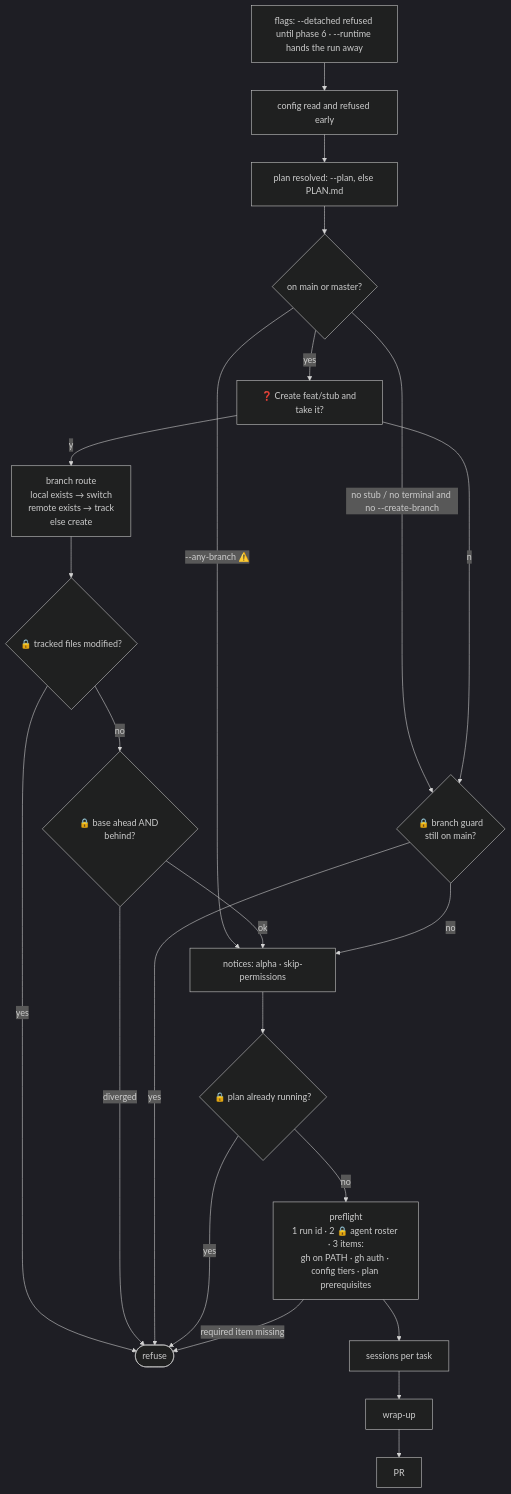
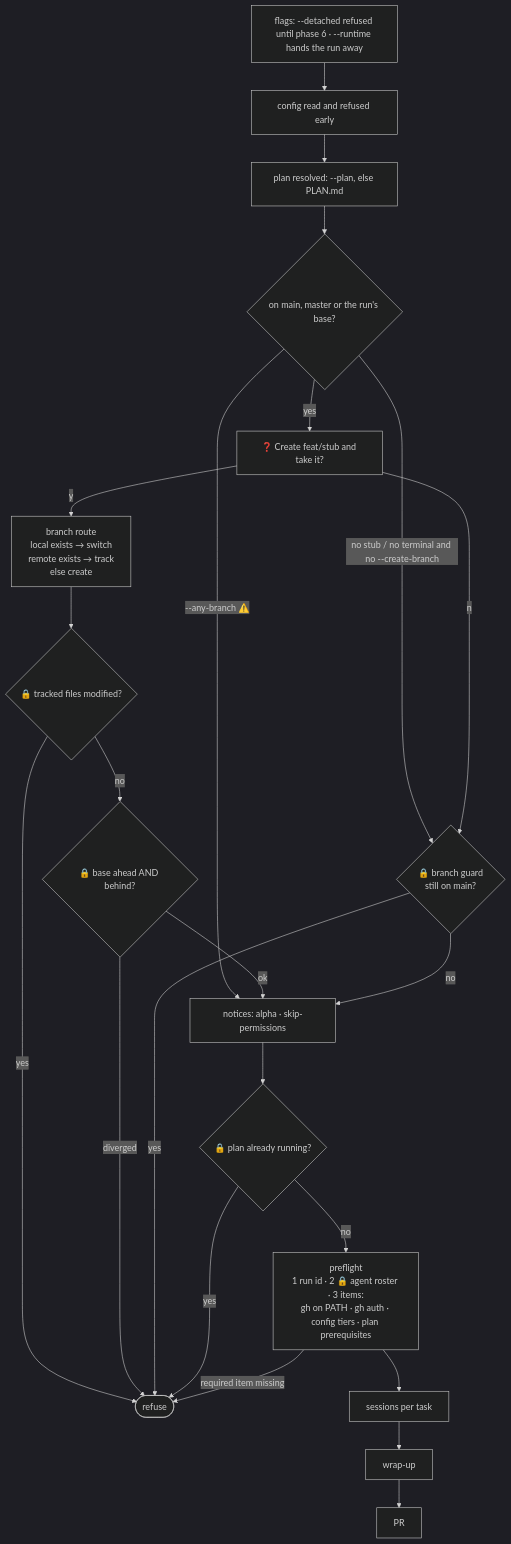
One commit to open-tomato/rafa changed the second of 9 diagrams in docs/workflow-checks.md. Above: the diagram before and after it, drawn with Mermaid (dark theme). The commit also changed 127 other files, not shown here.

````diff
--- a/docs/workflow-checks.md
+++ b/docs/workflow-checks.md
@@ -54,23 +54,23 @@
 ```mermaid
 flowchart TD
     A["flags: --detached refused until phase 6 · --runtime hands the run away"] --> B[config read and refused early]
     B --> C[plan resolved: --plan, else PLAN.md]
-    C --> D{"on main or master?"}
+    C --> D{"on main, master or the run's base?"}
     D -- "--any-branch ⚠️" --> H
     D -- "no stub / no terminal and no --create-branch" --> G
     D -- yes --> E["❓ Create feat/stub and take it?"]
     E -- n --> G
     E -- y --> F["branch route<br/>local exists → switch<br/>remote exists → track<br/>else create"]
     F --> F1{"🔒 tracked files modified?"}
     F1 -- yes --> R([refuse])
     F1 -- no --> F2{"🔒 base ahead AND behind?"}
     F2 -- diverged --> R
     F2 -- ok --> H
     G{"🔒 branch guard<br/>still on main?"} -- yes --> R
     G -- no --> H
     H[notices: alpha · skip-permissions] --> I{"🔒 plan already running?"}
     I -- yes --> R
     I -- no --> J["preflight<br/>1 run id · 2 🔒 agent roster · 3 items:<br/>gh on PATH · gh auth · config tiers · plan prerequisites"]
     J -- "required item missing" --> R
     J --> K[sessions per task] --> L[wrap-up] --> M[PR]
 ```
````
